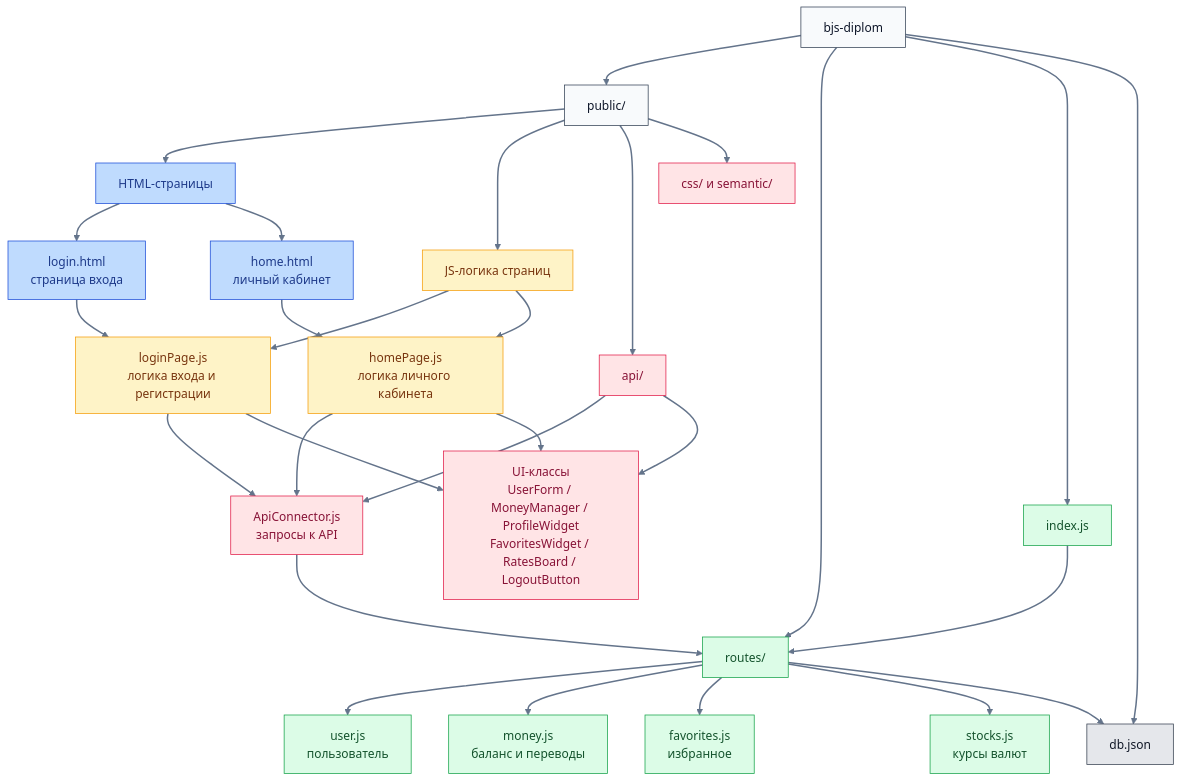
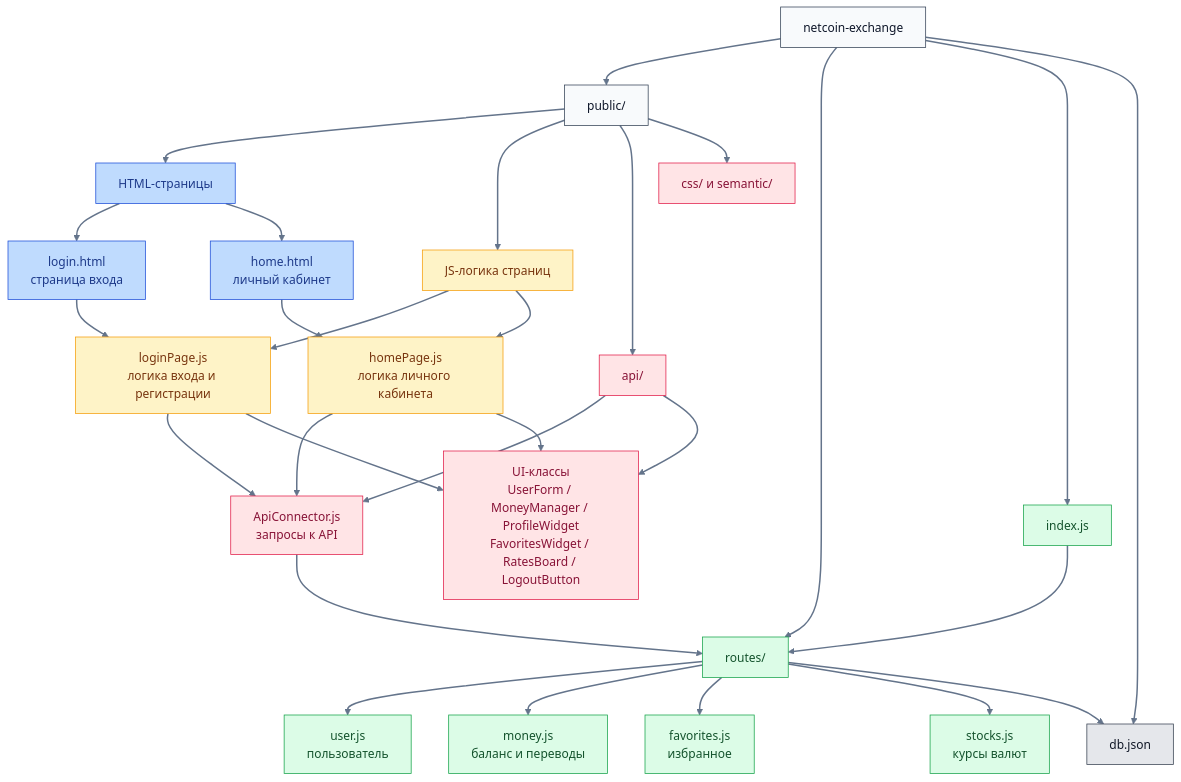
Before and after one commit to potykalov/bjs-diplom: the diagram in README.md, drawn with Mermaid. The commit also changed other lines of this file, not shown here.

````diff
--- a/README.md
+++ b/README.md
@@ -170,50 +171,50 @@
 ```mermaid
 flowchart TD
     classDef rootNode fill:#f8fafc,stroke:#334155,color:#0f172a
     classDef page fill:#bfdbfe,stroke:#1d4ed8,color:#1e3a8a
     classDef mycode fill:#fef3c7,stroke:#f59e0b,color:#78350f
     classDef ready fill:#ffe4e6,stroke:#e11d48,color:#881337
     classDef server fill:#dcfce7,stroke:#16a34a,color:#14532d
     classDef data fill:#e5e7eb,stroke:#374151,color:#111827
 
-    root["bjs-diplom"]:::rootNode
+    root["netcoin-exchange"]:::rootNode
 
     root --> public["public/"]:::rootNode
     root --> routes["routes/"]:::server
     root --> index["index.js"]:::server
     root --> db["db.json"]:::data
 
     public --> pages["HTML-страницы"]:::page
     public --> scripts["JS-логика страниц"]:::mycode
     public --> api["api/"]:::ready
     public --> styles["css/ и semantic/"]:::ready
 
     pages --> loginHtml["login.html<br>страница входа"]:::page
     pages --> homeHtml["home.html<br>личный кабинет"]:::page
 
     scripts --> loginJs["loginPage.js<br>логика входа и регистрации"]:::mycode
     scripts --> homeJs["homePage.js<br>логика личного кабинета"]:::mycode
 
     api --> apiConnector["ApiConnector.js<br>запросы к API"]:::ready
     api --> uiClasses["UI-классы<br>UserForm / MoneyManager / ProfileWidget<br>FavoritesWidget / RatesBoard / LogoutButton"]:::ready
 
     routes --> userRoute["user.js<br>пользователь"]:::server
     routes --> moneyRoute["money.js<br>баланс и переводы"]:::server
     routes --> favoritesRoute["favorites.js<br>избранное"]:::server
     routes --> stocksRoute["stocks.js<br>курсы валют"]:::server
 
     index --> routes
     routes --> db
 
     loginHtml --> loginJs
     homeHtml --> homeJs
 
     loginJs --> apiConnector
     homeJs --> apiConnector
     loginJs --> uiClasses
     homeJs --> uiClasses
 
     apiConnector --> routes
 
     linkStyle default stroke:#64748b,stroke-width:2px
 ```
````
